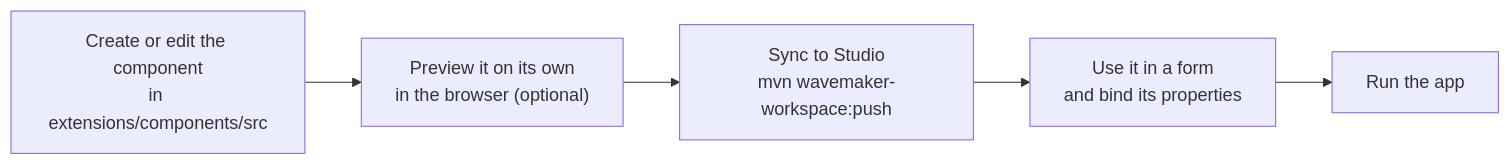
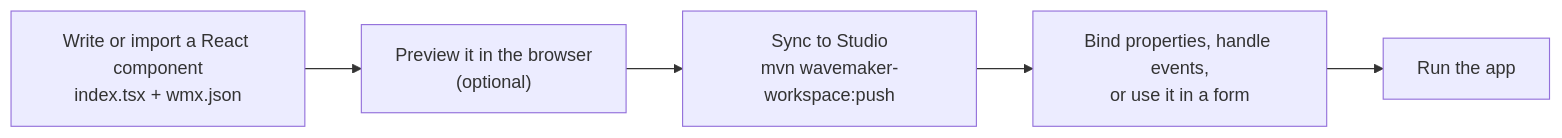
The diagram in docs/user-interfaces/web/enterprise-capabilities/wmx/index.mdx (wavemaker-ai/docs), drawn with Mermaid before and after one commit. The commit also changed other lines of this file and 6 other files, not shown here.

Commit message:
docs: restructure WMX React docs like React Native and add examples

````diff
--- a/docs/user-interfaces/web/enterprise-capabilities/wmx/index.mdx
+++ b/docs/user-interfaces/web/enterprise-capabilities/wmx/index.mdx
@@ -35,7 +49,7 @@
 ```mermaid
 flowchart LR
-    A["Create or edit the component<br/>in extensions/components/src"] --> B["Preview it on its own<br/>in the browser (optional)"]
+    A["Write or import a React component<br/>index.tsx + wmx.json"] --> B["Preview it in the browser<br/>(optional)"]
     B --> C["Sync to Studio<br/>mvn wavemaker-workspace:push"]
-    C --> D["Use it in a form<br/>and bind its properties"]
+    C --> D["Bind properties, handle events,<br/>or use it in a form"]
     D --> E["Run the app"]
 ```
````
